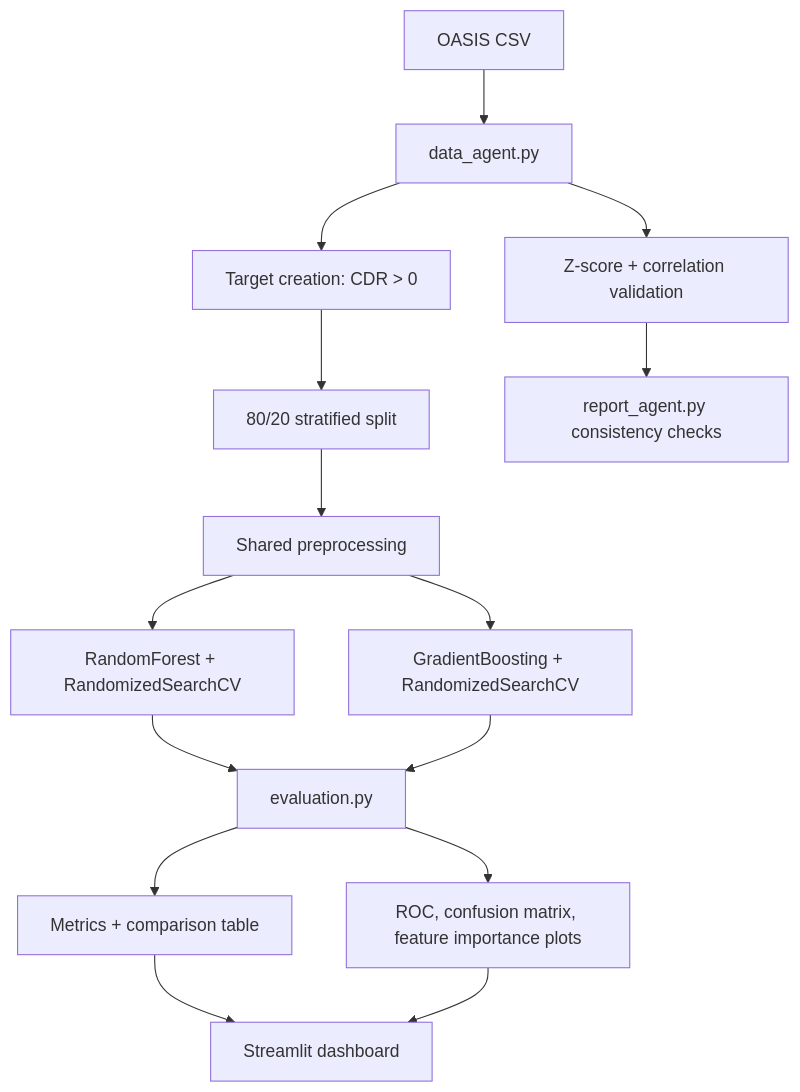
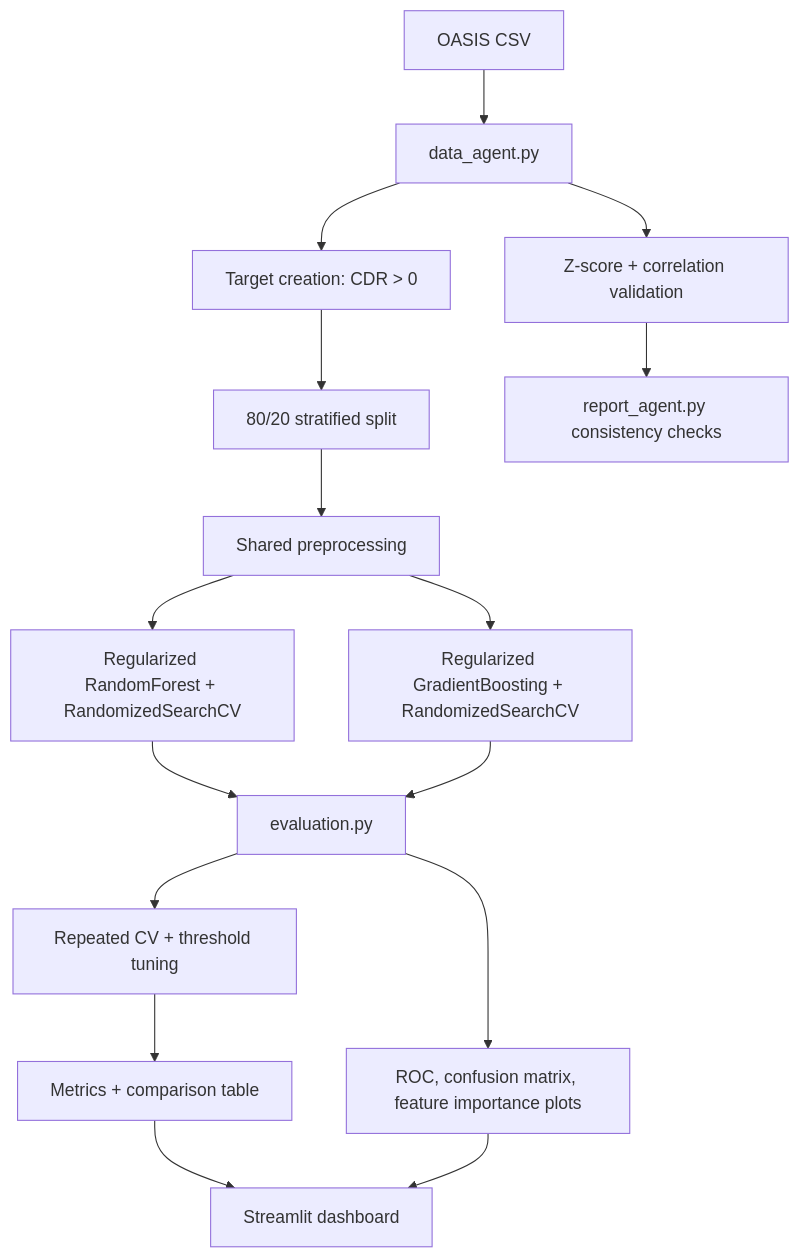
Before and after one commit to maryam-na/Brain-MRI-Analysis: the diagram in README.md, drawn with Mermaid. The commit also changed other lines of this file and 4 other files, not shown here.

Commit message:
Improve overfitting control with regularized tuning and threshold selection

````diff
--- a/README.md
+++ b/README.md
@@ -29,17 +31,18 @@
 ```mermaid
 flowchart TD
     A["OASIS CSV"] --> B["data_agent.py"]
     B --> C["Target creation: CDR > 0"]
     C --> D["80/20 stratified split"]
     D --> E["Shared preprocessing"]
-    E --> F["RandomForest + RandomizedSearchCV"]
-    E --> G["GradientBoosting + RandomizedSearchCV"]
+    E --> F["Regularized RandomForest + RandomizedSearchCV"]
+    E --> G["Regularized GradientBoosting + RandomizedSearchCV"]
     F --> H["evaluation.py"]
     G --> H
-    H --> I["Metrics + comparison table"]
+    H --> I["Repeated CV + threshold tuning"]
+    I --> N["Metrics + comparison table"]
     H --> J["ROC, confusion matrix, feature importance plots"]
     B --> K["Z-score + correlation validation"]
     K --> L["report_agent.py consistency checks"]
-    I --> M["Streamlit dashboard"]
+    N --> M["Streamlit dashboard"]
     J --> M
 ```
````
